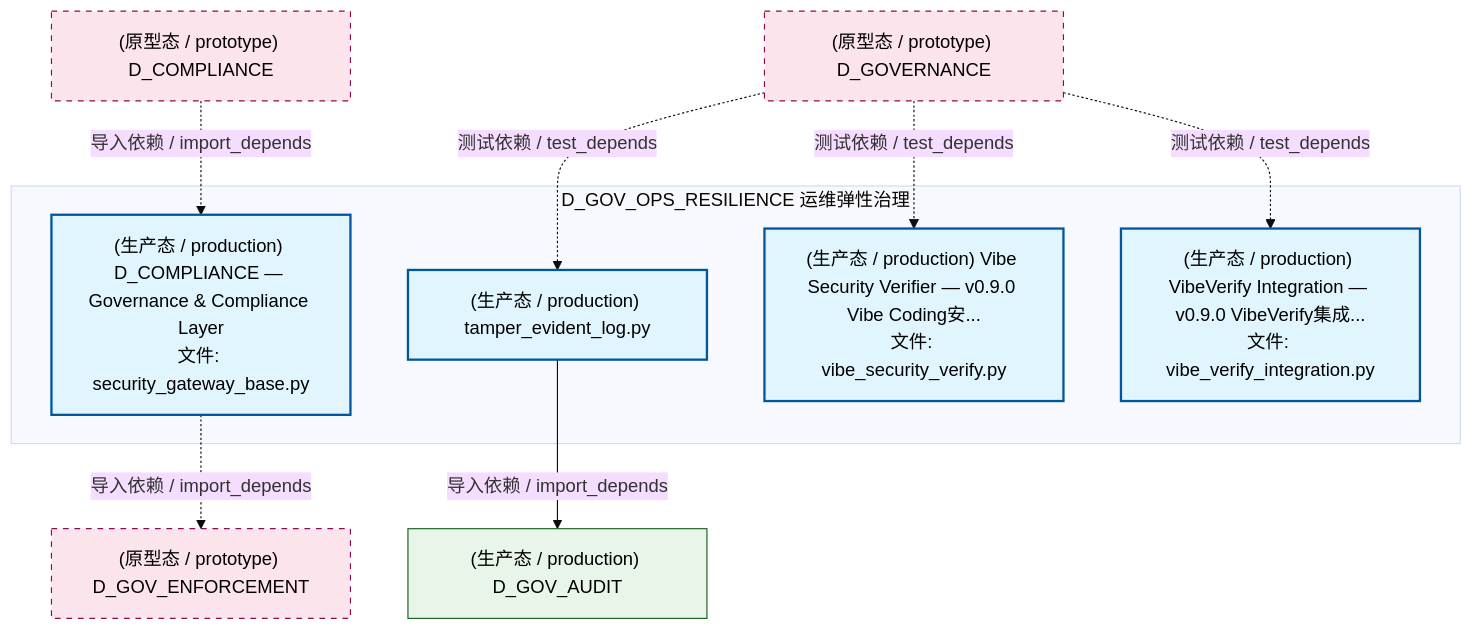
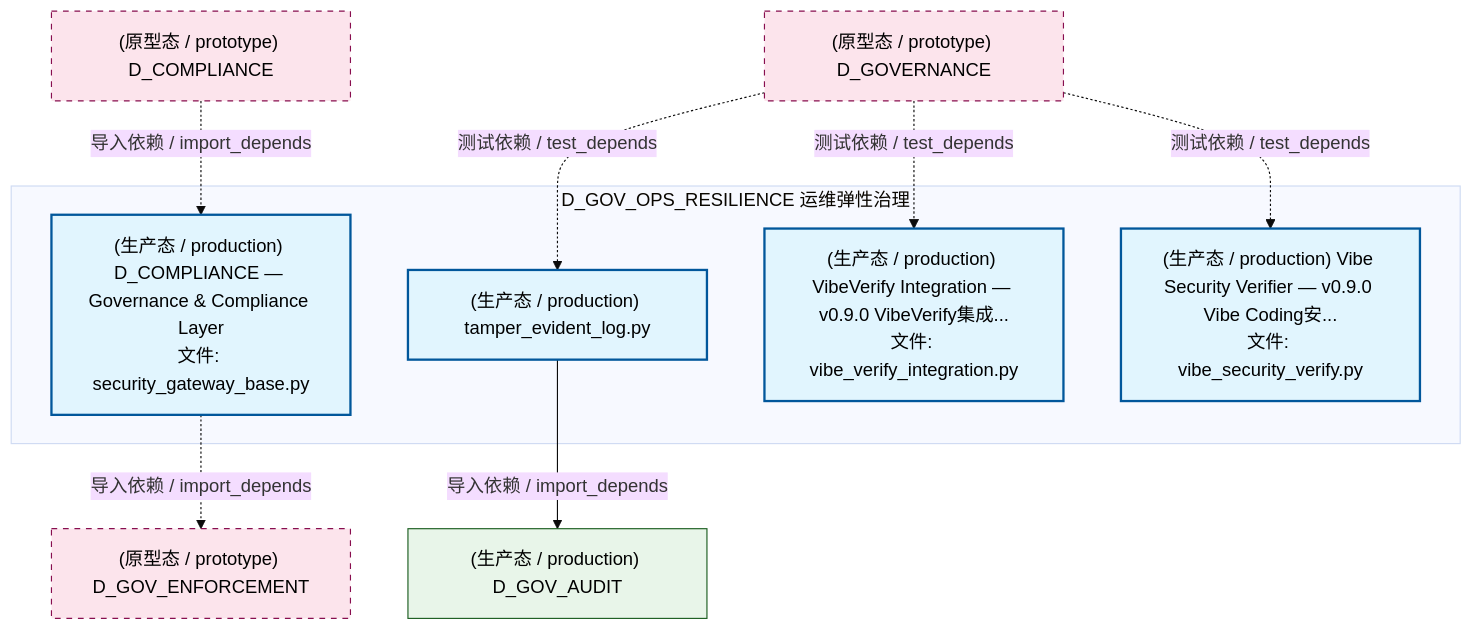
Before and after one commit to xuanFelixVan/ZephyrAlpha: the fourth of 7 diagrams in docs/02_enterprise_architecture/02_domain_architecture_docs/17_d_gov_ops_resilience.md, drawn with Mermaid (base theme). The commit also changed other lines of this file and 126 other files, not shown here.

````diff
--- a/docs/02_enterprise_architecture/02_domain_architecture_docs/17_d_gov_ops_resilience.md
+++ b/docs/02_enterprise_architecture/02_domain_architecture_docs/17_d_gov_ops_resilience.md
@@ -435,26 +432,26 @@
 ```mermaid
 graph TD
     subgraph D_GOV_OPS_RESILIENCE["D_GOV_OPS_RESILIENCE 运维弹性治理"]
         src_zephyr_governance_security_governance_security_gateway_base_py["(生产态 / production) D_COMPLIANCE — Governance & Compliance Layer<br/>文件: security_gateway_base.py"]
         src_zephyr_governance_security_governance_tamper_evident_log_py["(生产态 / production) tamper_evident_log.py"]
         src_zephyr_governance_security_governance_vibe_security_verify_py["(生产态 / production) Vibe Security Verifier — v0.9.0 Vibe Coding安...<br/>文件: vibe_security_verify.py"]
         src_zephyr_governance_security_governance_vibe_verify_integration_py["(生产态 / production) VibeVerify Integration — v0.9.0 VibeVerify集成...<br/>文件: vibe_verify_integration.py"]
     end
     D_GOV_AUDIT["(生产态 / production) D_GOV_AUDIT"]
     src_zephyr_governance_security_governance_tamper_evident_log_py -->|导入依赖 / import_depends| D_GOV_AUDIT
     D_GOV_ENFORCEMENT["(原型态 / prototype) D_GOV_ENFORCEMENT"]
     src_zephyr_governance_security_governance_security_gateway_base_py -.->|导入依赖 / import_depends| D_GOV_ENFORCEMENT
-    D_COMPLIANCE["(原型态 / prototype) D_COMPLIANCE"]
-    D_COMPLIANCE -.->|导入依赖 / import_depends| src_zephyr_governance_security_governance_security_gateway_base_py
     D_GOVERNANCE["(原型态 / prototype) D_GOVERNANCE"]
     D_GOVERNANCE -.->|测试依赖 / test_depends| src_zephyr_governance_security_governance_tamper_evident_log_py
     D_GOVERNANCE -.->|测试依赖 / test_depends| src_zephyr_governance_security_governance_vibe_verify_integration_py
     D_GOVERNANCE -.->|测试依赖 / test_depends| src_zephyr_governance_security_governance_vibe_security_verify_py
+    D_COMPLIANCE["(原型态 / prototype) D_COMPLIANCE"]
+    D_COMPLIANCE -.->|导入依赖 / import_depends| src_zephyr_governance_security_governance_security_gateway_base_py
     classDef production fill:#e1f5fe,stroke:#01579b,stroke-width:2px,color:#000
     classDef design fill:#fff3e0,stroke:#e65100,stroke-width:2px,color:#000,stroke-dasharray: 5 5
     classDef external_prod fill:#e8f5e9,stroke:#1b5e20,stroke-width:1px,color:#000
     classDef external_design fill:#fce4ec,stroke:#880e4f,stroke-width:1px,color:#000,stroke-dasharray: 5 5
     class src_zephyr_governance_security_governance_security_gateway_base_py,src_zephyr_governance_security_governance_tamper_evident_log_py,src_zephyr_governance_security_governance_vibe_security_verify_py,src_zephyr_governance_security_governance_vibe_verify_integration_py production
     class D_GOV_AUDIT external_prod
-    class D_GOV_ENFORCEMENT,D_COMPLIANCE,D_GOVERNANCE external_design
+    class D_GOV_ENFORCEMENT,D_GOVERNANCE,D_COMPLIANCE external_design
 ```
````
